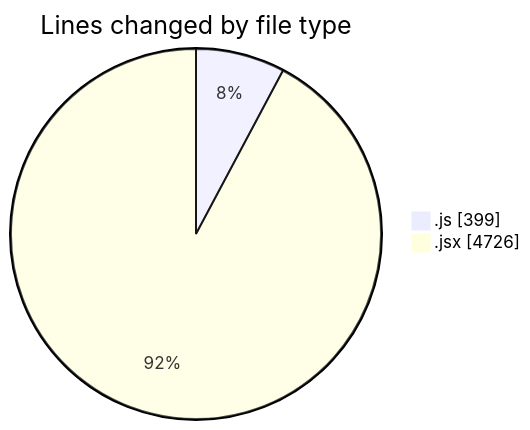
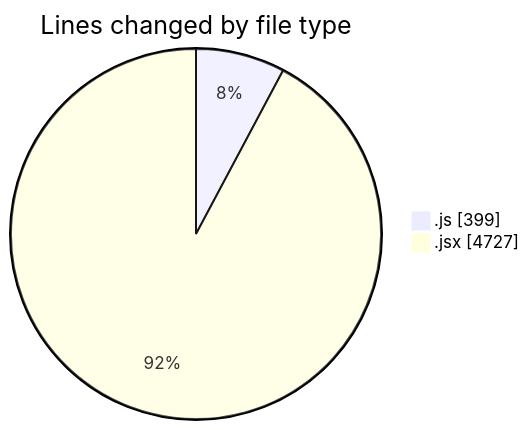
The first of 2 diagrams in 2025-05-21/nxtqube_webapp/README.md (nxtqubesakshisongat/code-tracking), drawn with Mermaid before and after one commit. The commit also changed other lines of this file and 1 other file, not shown here.

````diff
--- a/2025-05-21/nxtqube_webapp/README.md
+++ b/2025-05-21/nxtqube_webapp/README.md
@@ -26,6 +26,6 @@
 ```mermaid
 pie showData
 title Lines changed by file type
 ".js" : 399
-".jsx" : 4726
+".jsx" : 4727
 ```
````
